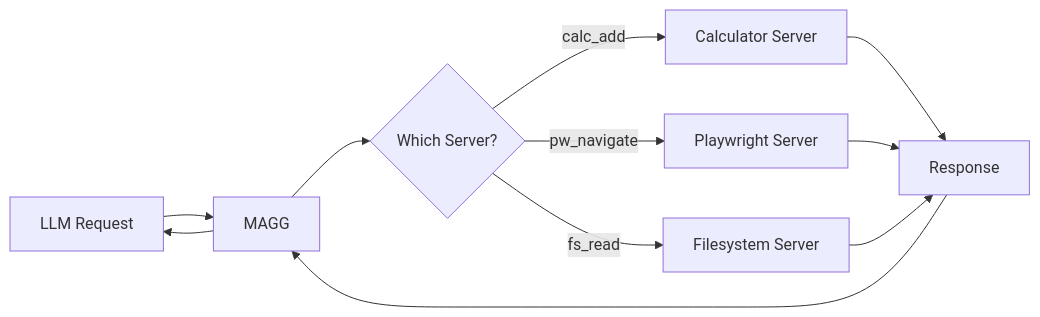
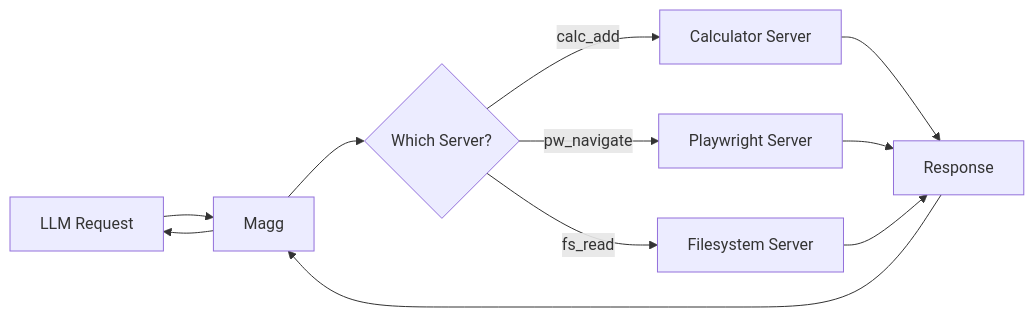
One commit to sitbon/magg changed the third of 3 diagrams in docs/index.md. Above: the diagram before and after it, drawn with Mermaid. The commit also changed other lines of this file and 48 other files, not shown here.

````diff
--- a/docs/index.md
+++ b/docs/index.md
@@ -180,13 +180,13 @@
 ```mermaid
 graph LR
-    A[LLM Request] --> B[MAGG]
+    A[LLM Request] --> B[Magg]
     B --> C{Which Server?}
     C -->|calc_add| D[Calculator Server]
     C -->|pw_navigate| E[Playwright Server]
     C -->|fs_read| F[Filesystem Server]
     D --> G[Response]
     E --> G
     F --> G
     G --> B
     B --> A
 ```
````
